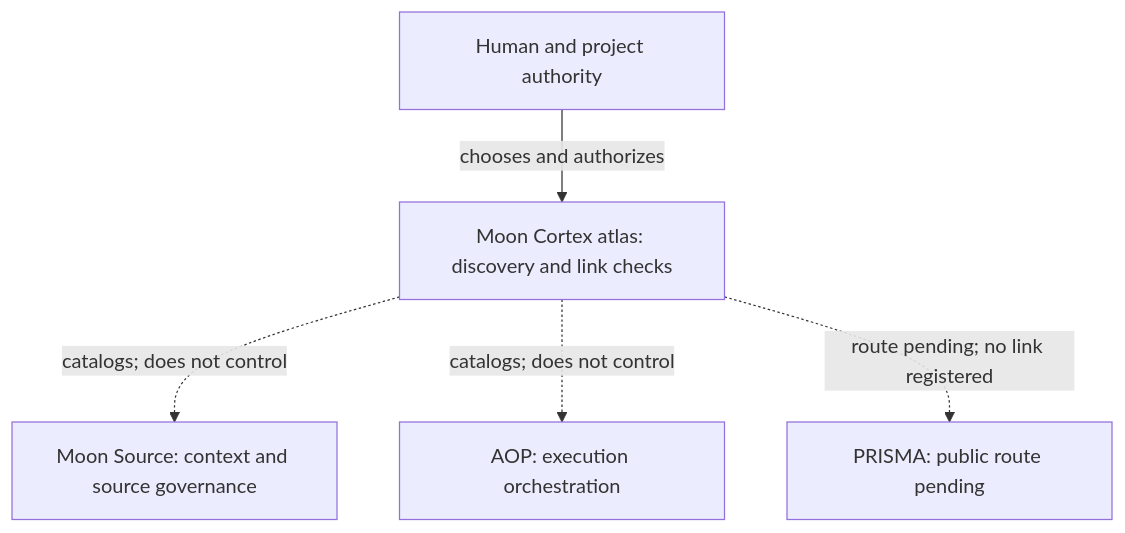
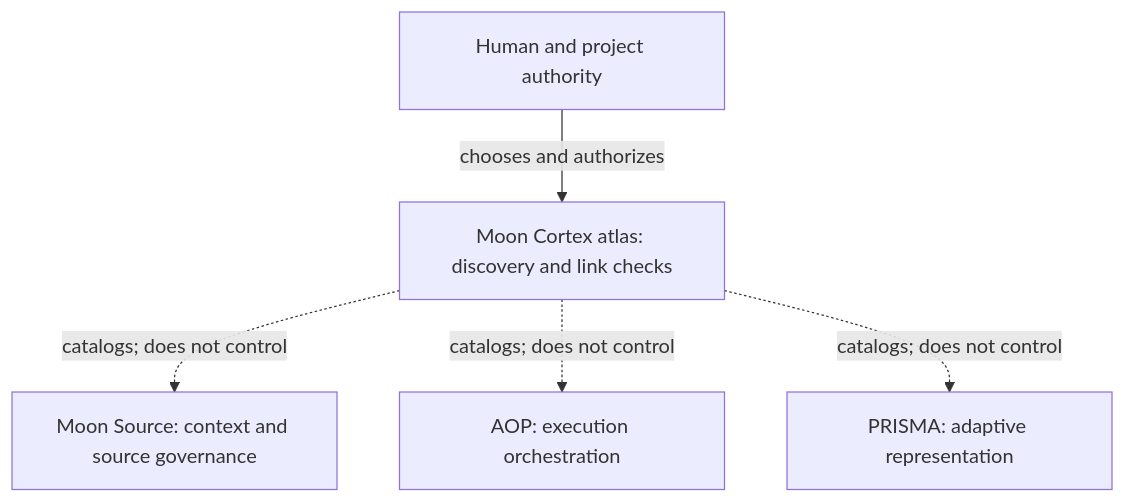
The diagram in ECOSYSTEM.md (luahelenammc/Moon-Cortex), drawn with Mermaid before and after one commit. The commit also changed other lines of this file and 5 other files, not shown here.

Commit message:
Register verified independent PRISMA public release candidate

````diff
--- a/ECOSYSTEM.md
+++ b/ECOSYSTEM.md
@@ -14,12 +14,12 @@
 ```mermaid
 flowchart TB
     H["Human and project authority"]
     C["Moon Cortex atlas: discovery and link checks"]
     S["Moon Source: context and source governance"]
     A["AOP: execution orchestration"]
-    P["PRISMA: public route pending"]
+    P["PRISMA: adaptive representation"]
     H -->|chooses and authorizes| C
     C -. "catalogs; does not control" .-> S
     C -. "catalogs; does not control" .-> A
-    C -. "route pending; no link registered" .-> P
+    C -. "catalogs; does not control" .-> P
 ```
````
